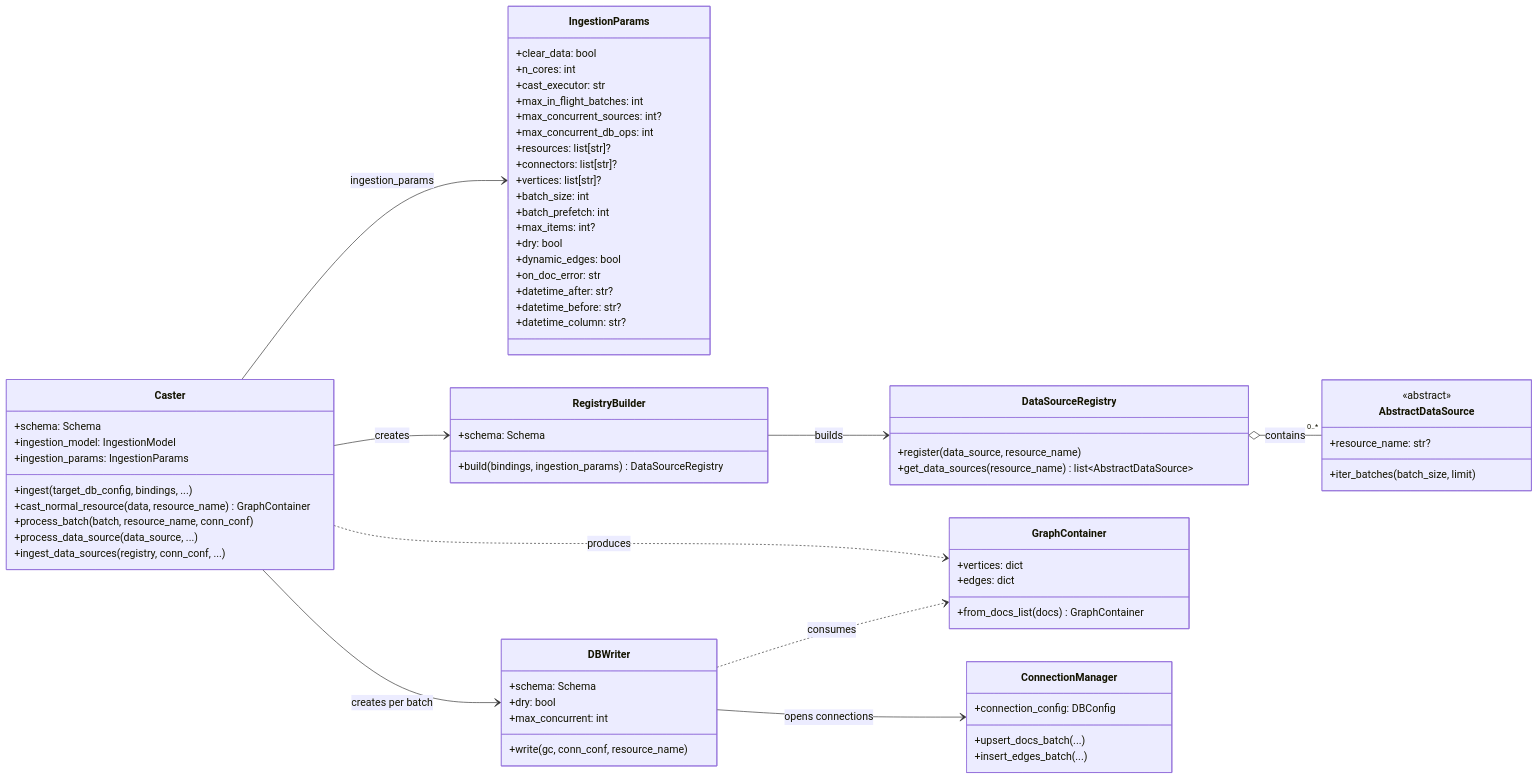
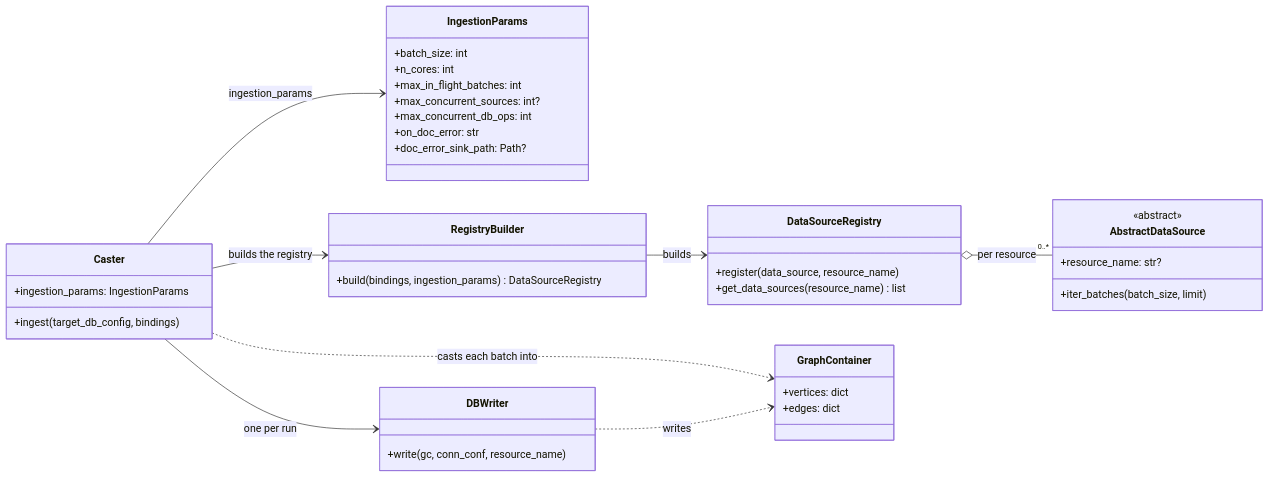
The third of 3 diagrams in docs/concepts/architecture/diagrams.md (growgraph/graflo), drawn with Mermaid before and after one commit. The commit also changed other lines of this file and 487 other files, not shown here.

````diff
--- a/docs/concepts/architecture/diagrams.md
+++ b/docs/concepts/architecture/diagrams.md
@@ -309,80 +226,51 @@
 ```mermaid
 classDiagram
     direction LR
 
     class Caster {
-        +schema: Schema
-        +ingestion_model: IngestionModel
         +ingestion_params: IngestionParams
-        +ingest(target_db_config, bindings, ...)
-        +cast_normal_resource(data, resource_name) GraphContainer
-        +process_batch(batch, resource_name, conn_conf)
-        +process_data_source(data_source, ...)
-        +ingest_data_sources(registry, conn_conf, ...)
+        +ingest(target_db_config, bindings)
     }
 
     class IngestionParams {
-        +clear_data: bool
+        +batch_size: int
         +n_cores: int
-        +cast_executor: str
         +max_in_flight_batches: int
         +max_concurrent_sources: int?
         +max_concurrent_db_ops: int
-        +resources: list[str]?
-        +connectors: list[str]?
-        +vertices: list[str]?
-        +batch_size: int
-        +batch_prefetch: int
-        +max_items: int?
-        +dry: bool
-        +dynamic_edges: bool
         +on_doc_error: str
-        +datetime_after: str?
-        +datetime_before: str?
-        +datetime_column: str?
+        +doc_error_sink_path: Path?
     }
 
     class RegistryBuilder {
-        +schema: Schema
         +build(bindings, ingestion_params) DataSourceRegistry
     }
 
     class DataSourceRegistry {
         +register(data_source, resource_name)
-        +get_data_sources(resource_name) list~AbstractDataSource~
-    }
-
-    class DBWriter {
-        +schema: Schema
-        +dry: bool
-        +max_concurrent: int
-        +write(gc, conn_conf, resource_name)
-    }
-
-    class GraphContainer {
-        +vertices: dict
-        +edges: dict
-        +from_docs_list(docs) GraphContainer
-    }
-
-    class ConnectionManager {
-        +connection_config: DBConfig
-        +upsert_docs_batch(...)
-        +insert_edges_batch(...)
+        +get_data_sources(resource_name) list
     }
 
     class AbstractDataSource {
         <<abstract>>
         +resource_name: str?
         +iter_batches(batch_size, limit)
     }
 
+    class GraphContainer {
+        +vertices: dict
+        +edges: dict
+    }
+
+    class DBWriter {
+        +write(gc, conn_conf, resource_name)
+    }
+
     Caster --> IngestionParams : ingestion_params
-    Caster --> RegistryBuilder : creates
+    Caster --> RegistryBuilder : builds the registry
     RegistryBuilder --> DataSourceRegistry : builds
-    Caster --> DBWriter : creates per batch
-    Caster ..> GraphContainer : produces
-    DBWriter ..> GraphContainer : consumes
-    DBWriter --> ConnectionManager : opens connections
-    DataSourceRegistry o-- "0..*" AbstractDataSource : contains
+    DataSourceRegistry o-- "0..*" AbstractDataSource : per resource
+    Caster ..> GraphContainer : casts each batch into
+    Caster --> DBWriter : one per run
+    DBWriter ..> GraphContainer : writes
 ```
````
